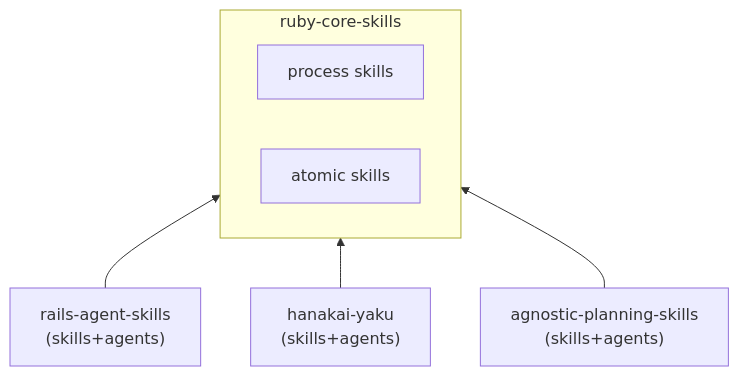
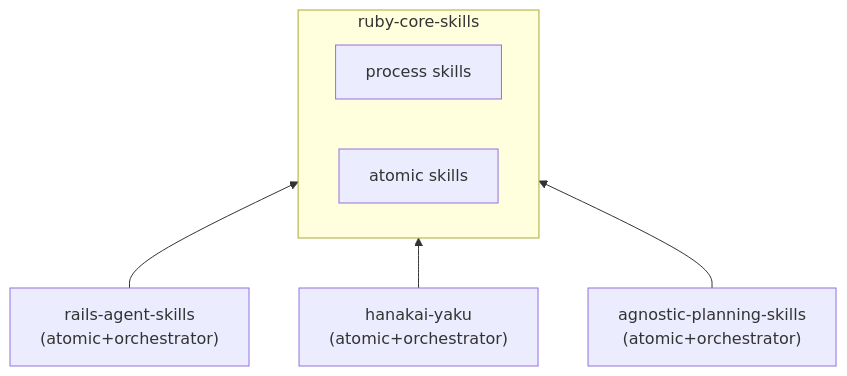
One commit to igmarin/ruby-core-skills changed the diagram in README.md. Above: the diagram before and after it, drawn with Mermaid. The commit also changed other lines of this file and 14 other files, not shown here.

````diff
--- a/README.md
+++ b/README.md
@@ -18,16 +18,16 @@
 ```mermaid
 flowchart BT
     subgraph core["ruby-core-skills"]
         direction LR
         process["process skills"]
         atomic["atomic skills"]
     end
 
-    rails["rails-agent-skills<br/>(skills+agents)"]
-    hanakai["hanakai-yaku<br/>(skills+agents)"]
-    agnostic["agnostic-planning-skills<br/>(skills+agents)"]
+    rails["rails-agent-skills<br/>(atomic+orchestrator)"]
+    hanakai["hanakai-yaku<br/>(atomic+orchestrator)"]
+    agnostic["agnostic-planning-skills<br/>(atomic+orchestrator)"]
 
     rails --> core
     hanakai --> core
     agnostic --> core
 ```
````
